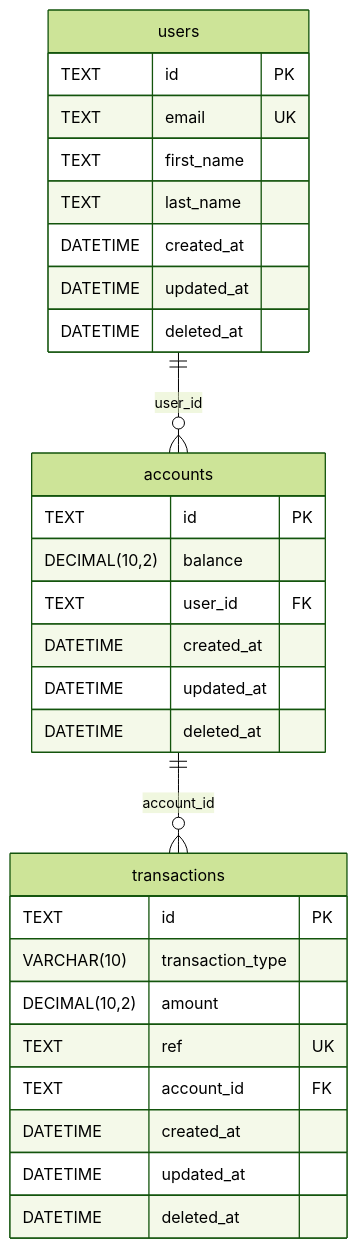
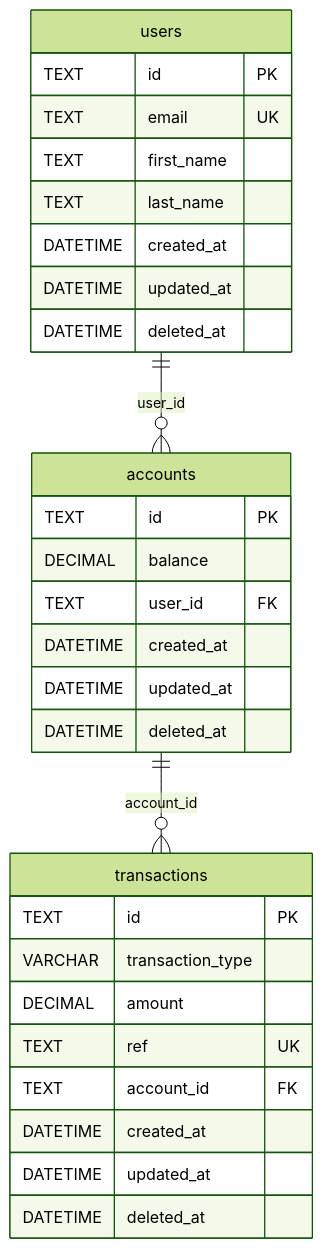
One commit to Abdallah-Abdelrahman/wallet changed the diagram in README.md. Above: the diagram before and after it, drawn with Mermaid (forest theme).

Commit message:
chore: Try fix the schema render in readme

````diff
--- a/README.md
+++ b/README.md
@@ -23,35 +23,35 @@
 ```mermaid
 erDiagram
     users {
         TEXT id PK
         TEXT email UK
         TEXT first_name
         TEXT last_name
         DATETIME created_at
         DATETIME updated_at
         DATETIME deleted_at
     }
 
     accounts {
         TEXT id PK
-        DECIMAL(10,2) balance
+        DECIMAL balance
         TEXT user_id FK
         DATETIME created_at
         DATETIME updated_at
         DATETIME deleted_at
     }
 
     transactions {
         TEXT id PK
-        VARCHAR(10) transaction_type
-        DECIMAL(10,2) amount
+        VARCHAR transaction_type
+        DECIMAL amount
         TEXT ref UK
         TEXT account_id FK
         DATETIME created_at
         DATETIME updated_at
         DATETIME deleted_at
     }
 
     users ||--o{ accounts : user_id
     accounts ||--o{ transactions : account_id
 ```
````
